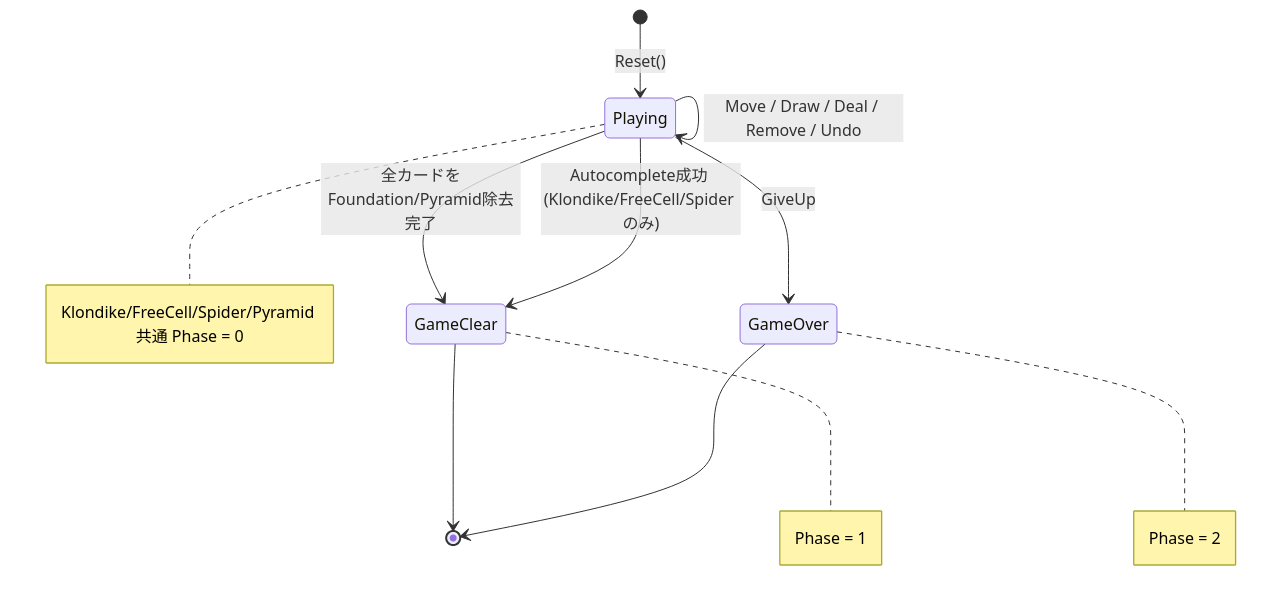
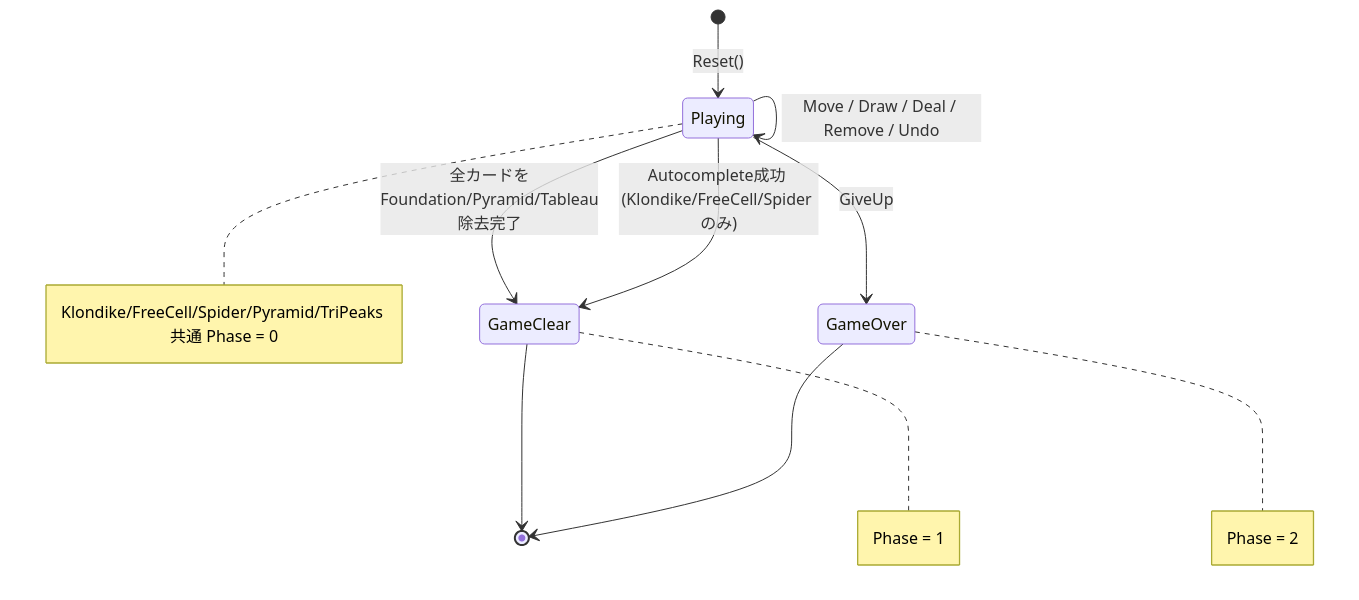
One commit to yuta-yoshinaga/go_trumpcards changed diagram 23 of 31 in docs/design/backend.md. Above: the diagram before and after it, drawn with Mermaid. The commit also changed other lines of this file and 51 other files, not shown here.

First line of the commit message:
feat: add TriPeaks solitaire game

````diff
--- a/docs/design/backend.md
+++ b/docs/design/backend.md
@@ -1130,14 +1153,14 @@
 ```mermaid
 stateDiagram-v2
     [*] --> Playing : Reset()
     Playing --> Playing : Move / Draw / Deal / Remove / Undo
-    Playing --> GameClear : 全カードをFoundation/Pyramid除去完了
+    Playing --> GameClear : 全カードをFoundation/Pyramid/Tableau除去完了
     Playing --> GameClear : Autocomplete成功 (Klondike/FreeCell/Spider のみ)
     Playing --> GameOver : GiveUp
     GameClear --> [*]
     GameOver --> [*]
 
-    note right of Playing : Klondike/FreeCell/Spider/Pyramid 共通 Phase = 0
+    note right of Playing : Klondike/FreeCell/Spider/Pyramid/TriPeaks 共通 Phase = 0
     note right of GameClear : Phase = 1
     note right of GameOver : Phase = 2
 ```
````
